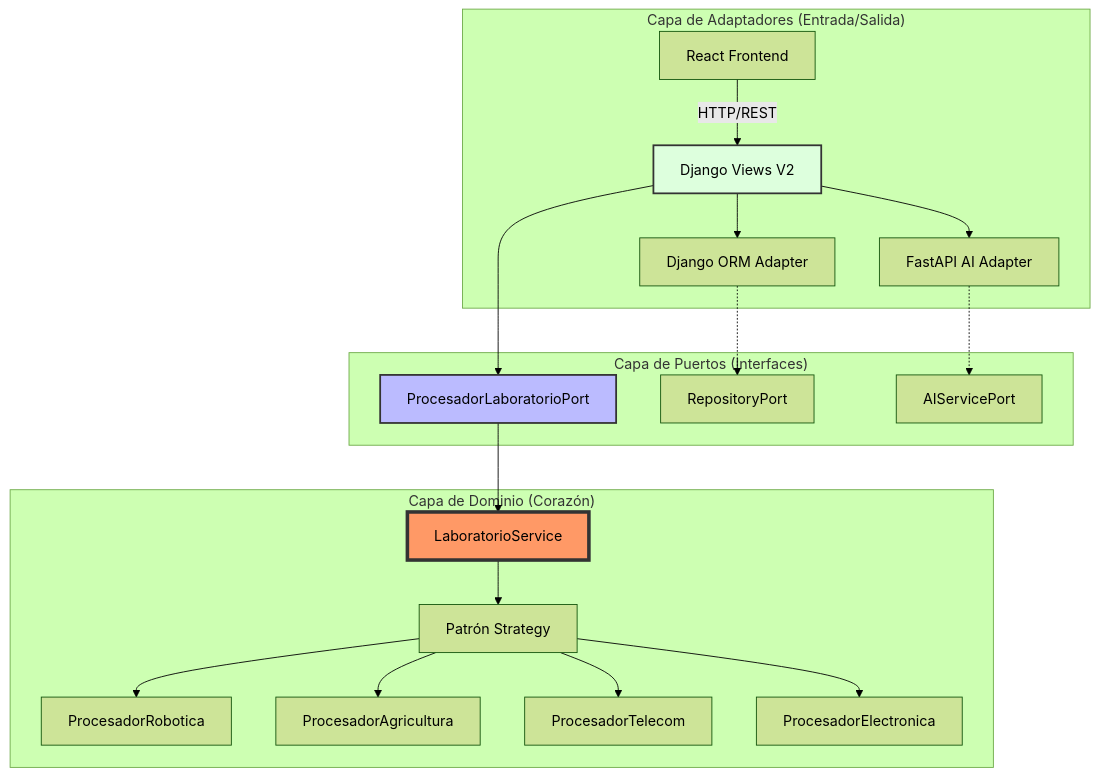
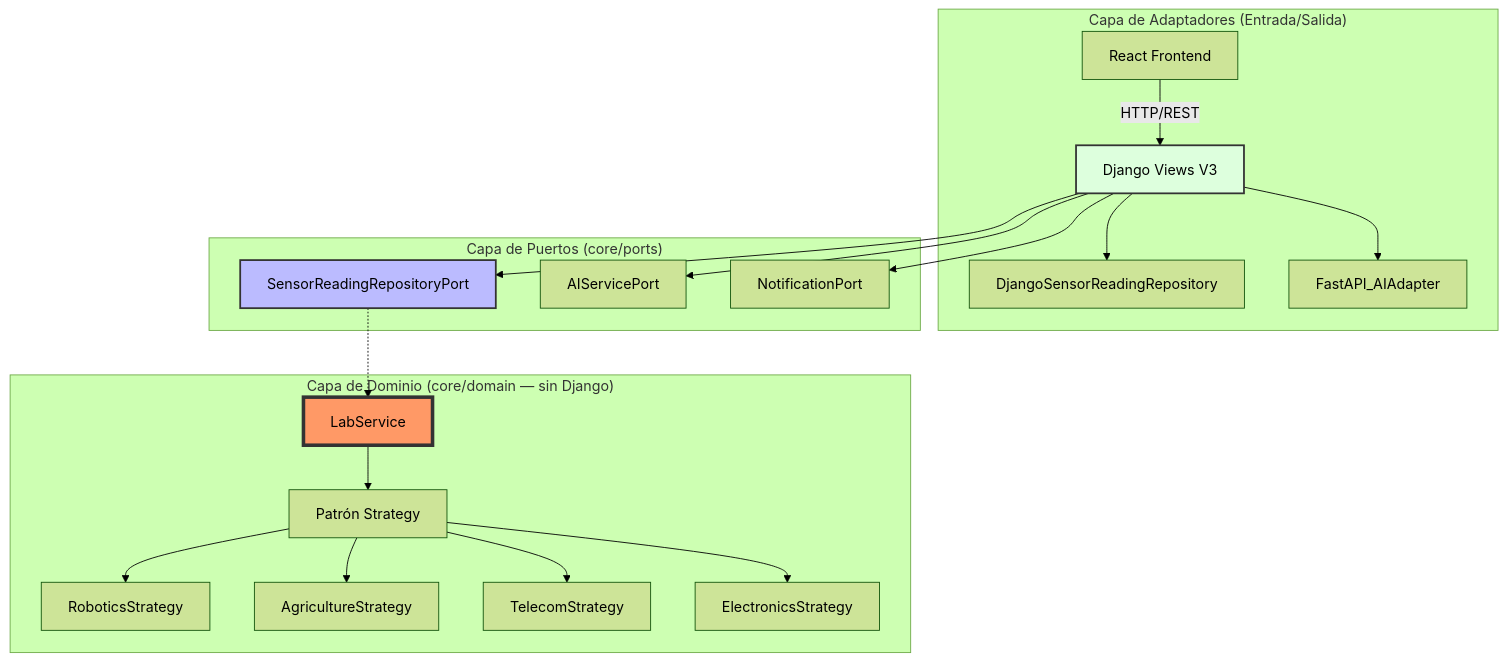
The diagram in docs/MASTERDOC.md (badolgm/sigcTiArural), drawn with Mermaid (forest theme) before and after one commit. The commit also changed other lines of this file and 8 other files, not shown here.

````diff
--- a/docs/MASTERDOC.md
+++ b/docs/MASTERDOC.md
@@ -48,27 +79,27 @@
 ```mermaid
 graph TD
     subgraph "Capa de Adaptadores (Entrada/Salida)"
-        UI[React Frontend] -->|HTTP/REST| API_V2[Django Views V2]
-        API_V2 --> DB_ADAPTER[Django ORM Adapter]
-        API_V2 --> AI_ADAPTER[FastAPI AI Adapter]
+        UI[React Frontend] -->|HTTP/REST| API_V3[Django Views V3]
+        API_V3 --> DB_ADAPTER[DjangoSensorReadingRepository]
+        API_V3 --> AI_ADAPTER[FastAPI_AIAdapter]
     end
 
-    subgraph "Capa de Puertos (Interfaces)"
-        API_V2 --> PORT_LAB[ProcesadorLaboratorioPort]
-        DB_ADAPTER -.-> PORT_REPO[RepositoryPort]
-        AI_ADAPTER -.-> PORT_AI[AIServicePort]
+    subgraph "Capa de Puertos (core/ports)"
+        API_V3 --> PORT_REPO[SensorReadingRepositoryPort]
+        API_V3 --> PORT_AI[AIServicePort]
+        API_V3 --> PORT_NOTIF[NotificationPort]
     end
 
-    subgraph "Capa de Dominio (Corazón)"
-        PORT_LAB --> DOMAIN_LOGIC[LaboratorioService]
+    subgraph "Capa de Dominio (core/domain — sin Django)"
+        PORT_REPO -.-> DOMAIN_LOGIC[LabService]
         DOMAIN_LOGIC --> STRATEGY[Patrón Strategy]
-        STRATEGY --> ROBOTICA[ProcesadorRobotica]
-        STRATEGY --> AGRICULTURA[ProcesadorAgricultura]
-        STRATEGY --> TELECOM[ProcesadorTelecom]
-        STRATEGY --> ELECTRONICA[ProcesadorElectronica]
+        STRATEGY --> ROBOTICA[RoboticsStrategy]
+        STRATEGY --> AGRICULTURA[AgricultureStrategy]
+        STRATEGY --> TELECOM[TelecomStrategy]
+        STRATEGY --> ELECTRONICA[ElectronicsStrategy]
     end
 
     style DOMAIN_LOGIC fill:#f96,stroke:#333,stroke-width:4px
-    style PORT_LAB fill:#bbf,stroke:#333,stroke-width:2px
-    style API_V2 fill:#dfd,stroke:#333,stroke-width:2px
+    style PORT_REPO fill:#bbf,stroke:#333,stroke-width:2px
+    style API_V3 fill:#dfd,stroke:#333,stroke-width:2px
 ```
````
